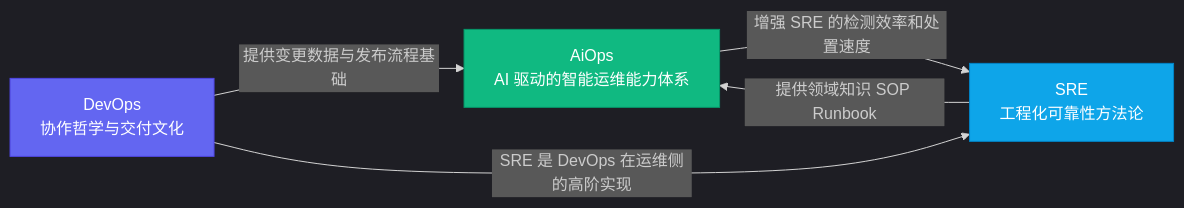
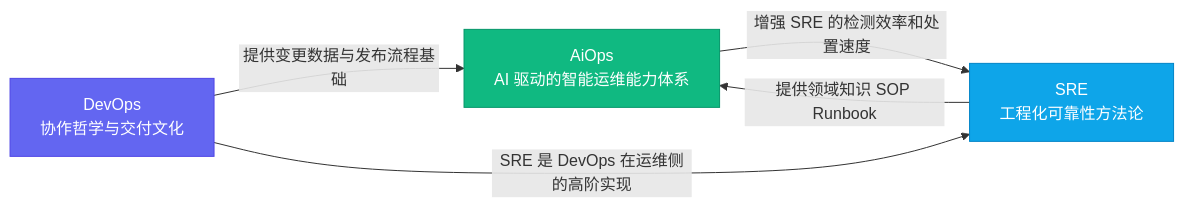
The second of 2 diagrams in content/SRE/AiOps/01 AiOps 是什么：从救火到防火的运维范式革命.md (hpliStartAgain/my-brain), drawn with Mermaid before and after one commit. The commit also changed other lines of this file and 10 other files, not shown here.

````diff
--- a/content/SRE/AiOps/01 AiOps 是什么：从救火到防火的运维范式革命.md
+++ b/content/SRE/AiOps/01 AiOps 是什么：从救火到防火的运维范式革命.md
@@ -222,20 +267,20 @@
 ```mermaid
-%%{init: {'theme': 'dark'}}%%
+%%{init: {'theme': 'dracula'}}%%
 graph LR
     A["DevOps</br>协作哲学与交付文化"]
     B["SRE</br>工程化可靠性方法论"]
     C["AiOps</br>AI 驱动的智能运维能力体系"]
 
     A -- "提供变更数据与发布流程基础" --> C
     B -- "提供领域知识 SOP Runbook" --> C
     C -- "增强 SRE 的检测效率和处置速度" --> B
     A -- "SRE 是 DevOps 在运维侧的高阶实现" --> B
 
     classDef devops fill:#6366f1,stroke:#4f46e5,color:#fff
     classDef sre fill:#0ea5e9,stroke:#0284c7,color:#fff
     classDef aiops fill:#10b981,stroke:#059669,color:#fff
 
     class A devops
     class B sre
     class C aiops
 ```
````
